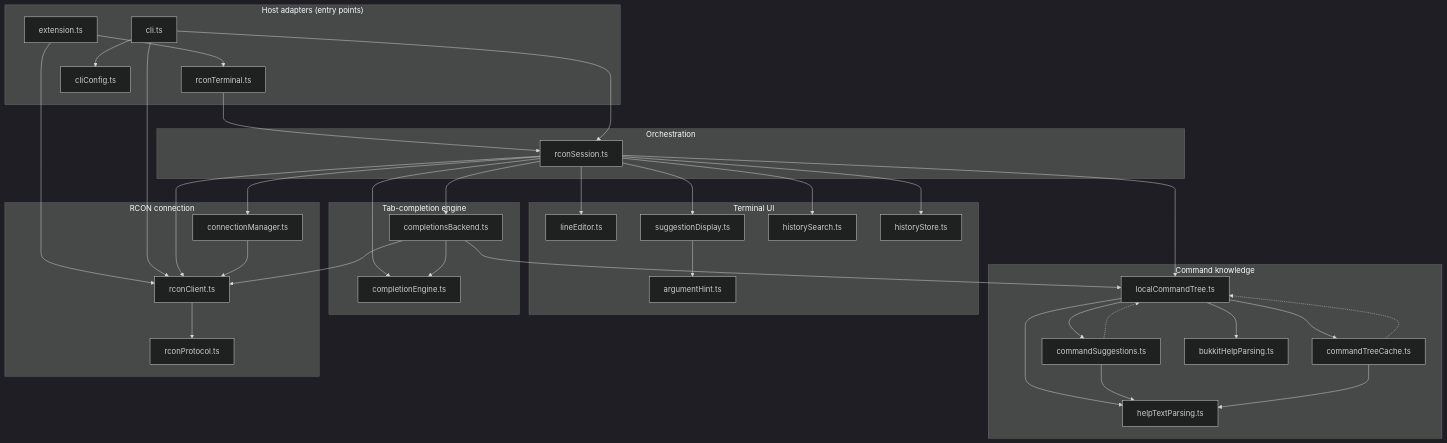
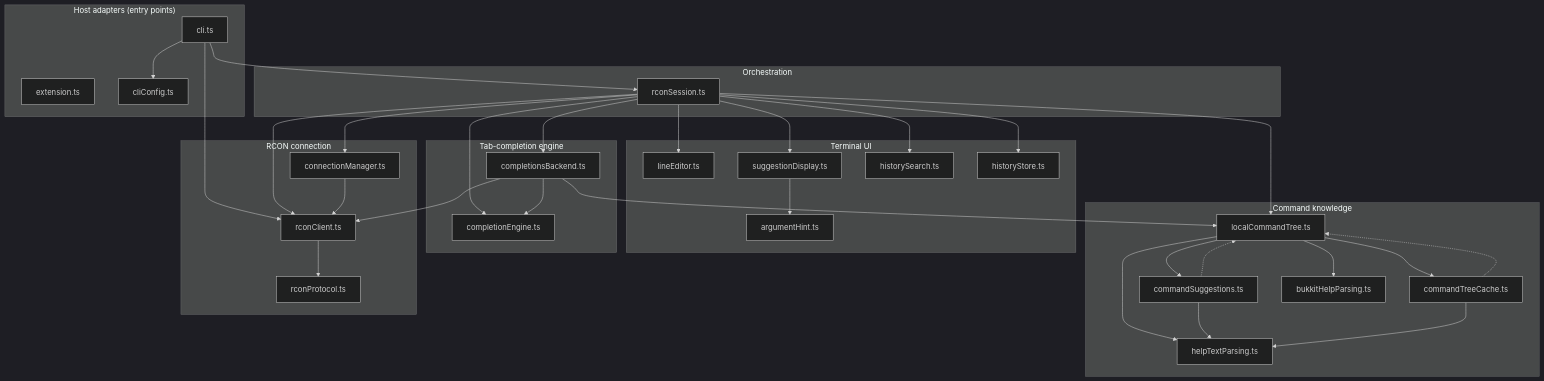
The diagram in docs/ARCHITECTURE.md (xton/minercon), drawn with Mermaid (dark theme) before and after one commit. The commit also changed other lines of this file and 6 other files, not shown here.

````diff
--- a/docs/ARCHITECTURE.md
+++ b/docs/ARCHITECTURE.md
@@ -85,75 +84,71 @@
 ```mermaid
 graph TD
     subgraph Adapters["Host adapters (entry points)"]
         extension[extension.ts]
-        rconTerminal[rconTerminal.ts]
         cli[cli.ts]
         cliConfig[cliConfig.ts]
     end
 
     subgraph Orchestration
         rconSession[rconSession.ts]
     end
 
     subgraph UI["Terminal UI"]
         lineEditor[lineEditor.ts]
         suggestionDisplay[suggestionDisplay.ts]
         argumentHint[argumentHint.ts]
         historySearch[historySearch.ts]
         historyStore[historyStore.ts]
     end
 
     subgraph Completion["Tab-completion engine"]
         completionEngine[completionEngine.ts]
         completionsBackend[completionsBackend.ts]
     end
 
     subgraph Knowledge["Command knowledge"]
         localCommandTree[localCommandTree.ts]
         commandSuggestions[commandSuggestions.ts]
         commandTreeCache[commandTreeCache.ts]
         helpTextParsing[helpTextParsing.ts]
         bukkitHelpParsing[bukkitHelpParsing.ts]
     end
 
     subgraph Connection["RCON connection"]
         connectionManager[connectionManager.ts]
         rconClient[rconClient.ts]
         rconProtocol[rconProtocol.ts]
     end
 
-    extension --> rconTerminal
-    extension --> rconClient
-    rconTerminal --> rconSession
     cli --> rconSession
     cli --> cliConfig
     cli --> rconClient
 
     rconSession --> connectionManager
     rconSession --> lineEditor
     rconSession --> suggestionDisplay
     rconSession --> completionEngine
     rconSession --> completionsBackend
     rconSession --> localCommandTree
     rconSession --> historySearch
     rconSession --> historyStore
     rconSession --> rconClient
 
     suggestionDisplay --> argumentHint
 
     completionsBackend --> completionEngine
     completionsBackend --> localCommandTree
     completionsBackend --> rconClient
 
     localCommandTree --> commandSuggestions
     localCommandTree --> commandTreeCache
     localCommandTree --> helpTextParsing
     localCommandTree --> bukkitHelpParsing
     commandSuggestions -.-> localCommandTree
     commandTreeCache -.-> localCommandTree
     commandSuggestions --> helpTextParsing
     commandTreeCache --> helpTextParsing
 
     connectionManager --> rconClient
     rconClient --> rconProtocol
 ```
````
